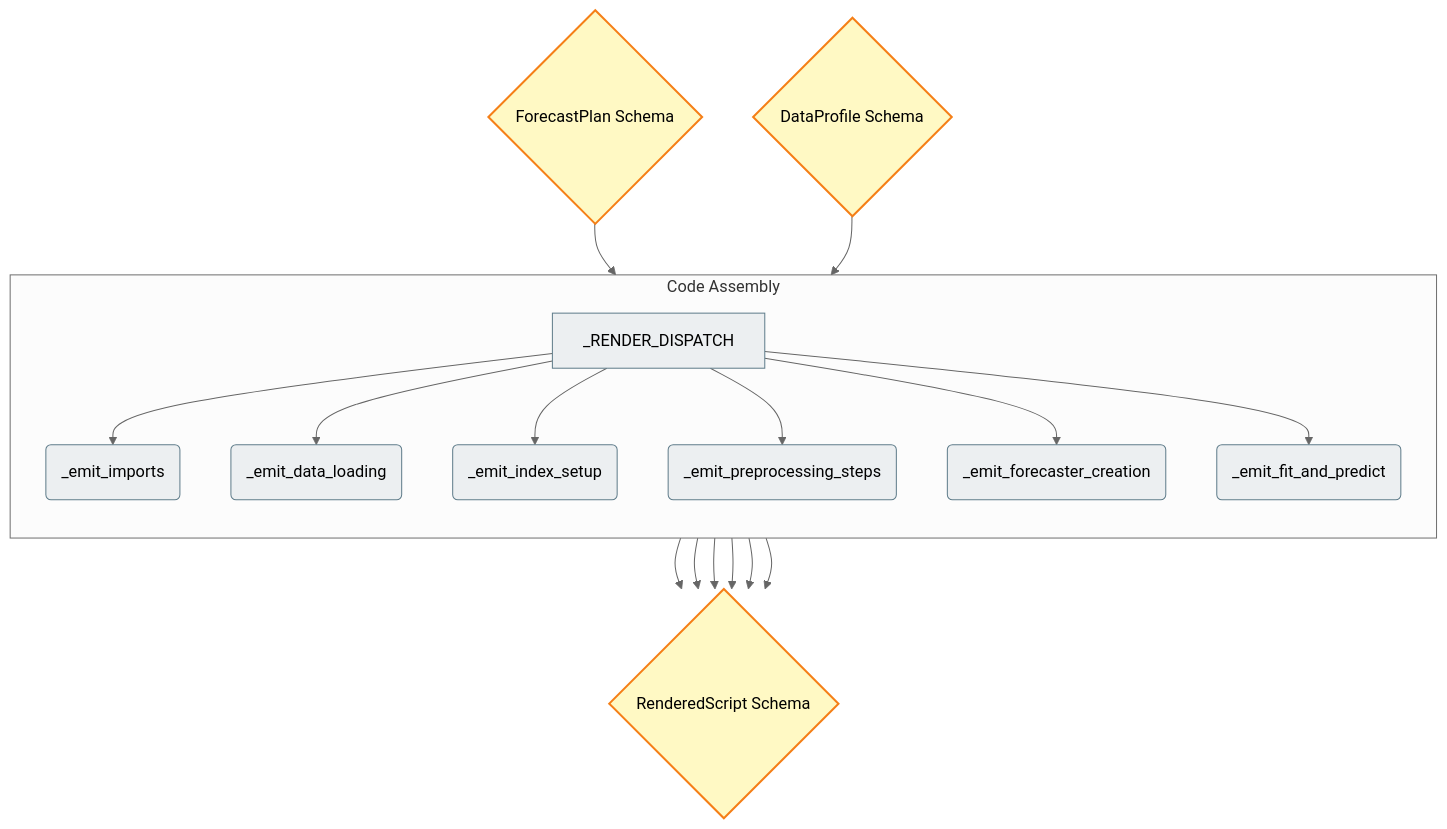
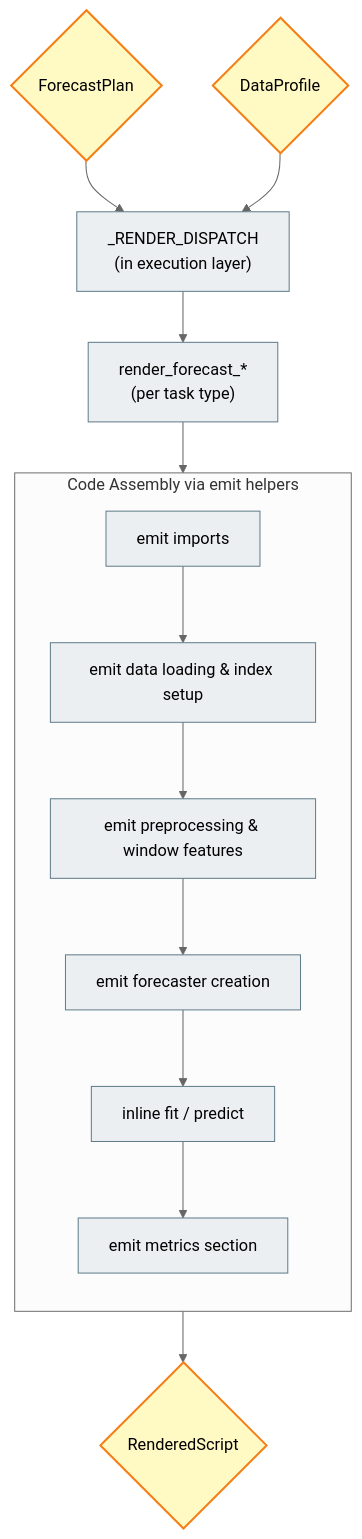
Before and after one commit to skforecast/skforecast-ai: the fifth of 8 diagrams in docs/user_guides/architecture-and-logic.md, drawn with Mermaid (neutral theme). The commit also changed other lines of this file, not shown here.

````diff
--- a/docs/user_guides/architecture-and-logic.md
+++ b/docs/user_guides/architecture-and-logic.md
@@ -132,19 +175,20 @@
 ```mermaid
 flowchart TD
     classDef schema fill:#fff9c4,stroke:#f57f17,stroke-width:2px,color:#000
     classDef func fill:#eceff1,stroke:#607d8b,stroke-width:1px,color:#000
 
-    A{ForecastPlan Schema}:::schema & B{DataProfile Schema}:::schema --> C[_RENDER_DISPATCH]:::func
-    
-    subgraph Code Assembly
+    A{ForecastPlan}:::schema & B{DataProfile}:::schema --> C["_RENDER_DISPATCH<br/>(in execution layer)"]:::func
+    C --> R["render_forecast_*<br/>(per task type)"]:::func
+
+    subgraph Code_Assembly[Code Assembly via emit helpers]
         direction TB
-        C --> D1(_emit_imports):::func
-        C --> D2(_emit_data_loading):::func
-        C --> D3(_emit_index_setup):::func
-        C --> D4(_emit_preprocessing_steps):::func
-        C --> D5(_emit_forecaster_creation):::func
-        C --> D6(_emit_fit_and_predict):::func
+        D1[emit imports]:::func
+        D2[emit data loading & index setup]:::func
+        D3[emit preprocessing & window features]:::func
+        D4[emit forecaster creation]:::func
+        D5[inline fit / predict]:::func
+        D6[emit metrics section]:::func
     end
-    
-    D1 & D2 & D3 & D4 & D5 & D6 --> E{RenderedScript Schema}:::schema
+
+    R --> D1 --> D2 --> D3 --> D4 --> D5 --> D6 --> E{RenderedScript}:::schema
 ```
````
